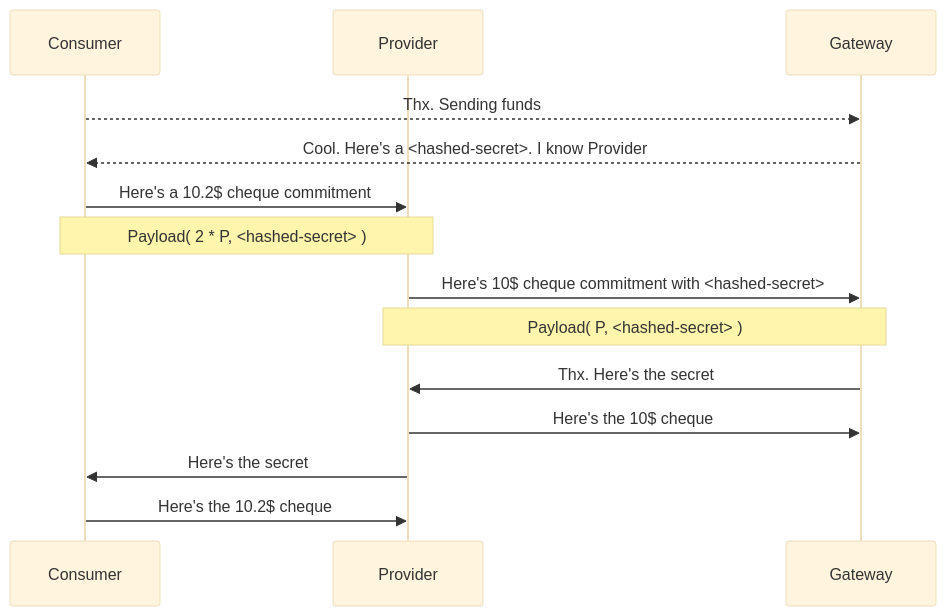
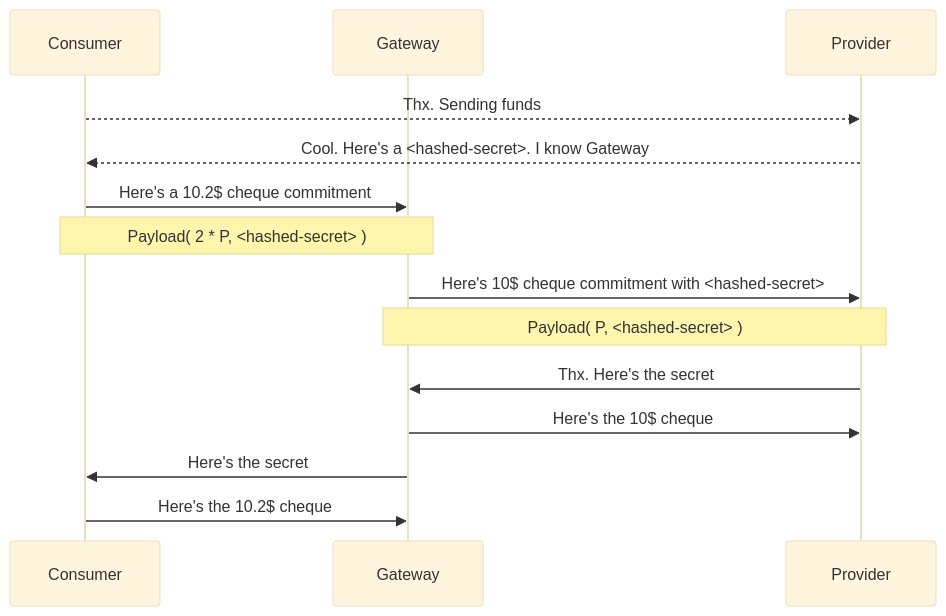
Before and after one commit to colll78/cardano-lightning: the first of 4 diagrams in docs/design-notes.md, drawn with Mermaid (base theme). The commit also changed other lines of this file, not shown here.

````diff
--- a/docs/design-notes.md
+++ b/docs/design-notes.md
@@ -66,17 +66,17 @@
 ```mermaid
  sequenceDiagram
   participant Consumer
+  participant Gateway
   participant Provider
-  participant Gateway
 
-  Consumer-->>Gateway: Thx. Sending funds
-  Gateway-->> Consumer: Cool. Here's a <hashed-secret>. I know  Provider
-  Consumer->> Provider: Here's a 10.2$ cheque commitment
-  Note over  Consumer, Provider: Payload( 2 * P, <hashed-secret> )
-  Provider->>Gateway: Here's 10$ cheque commitment with <hashed-secret>
-  Note over  Provider,Gateway: Payload( P, <hashed-secret> )
-  Gateway->> Provider: Thx. Here's the secret
-  Provider->>Gateway: Here's the 10$ cheque
-   Provider->> Consumer: Here's the secret
-   Consumer->> Provider: Here's the 10.2$ cheque
+  Consumer-->> Provider: Thx. Sending funds
+  Provider-->> Consumer: Cool. Here's a <hashed-secret>. I know  Gateway
+  Consumer->> Gateway: Here's a 10.2$ cheque commitment
+  Note over  Consumer, Gateway: Payload( 2 * P, <hashed-secret> )
+  Gateway->>Provider: Here's 10$ cheque commitment with <hashed-secret>
+  Note over  Gateway,Provider: Payload( P, <hashed-secret> )
+  Provider->> Gateway: Thx. Here's the secret
+  Gateway->>Provider: Here's the 10$ cheque
+  Gateway->> Consumer: Here's the secret
+  Consumer->> Gateway: Here's the 10.2$ cheque
 ```
````
